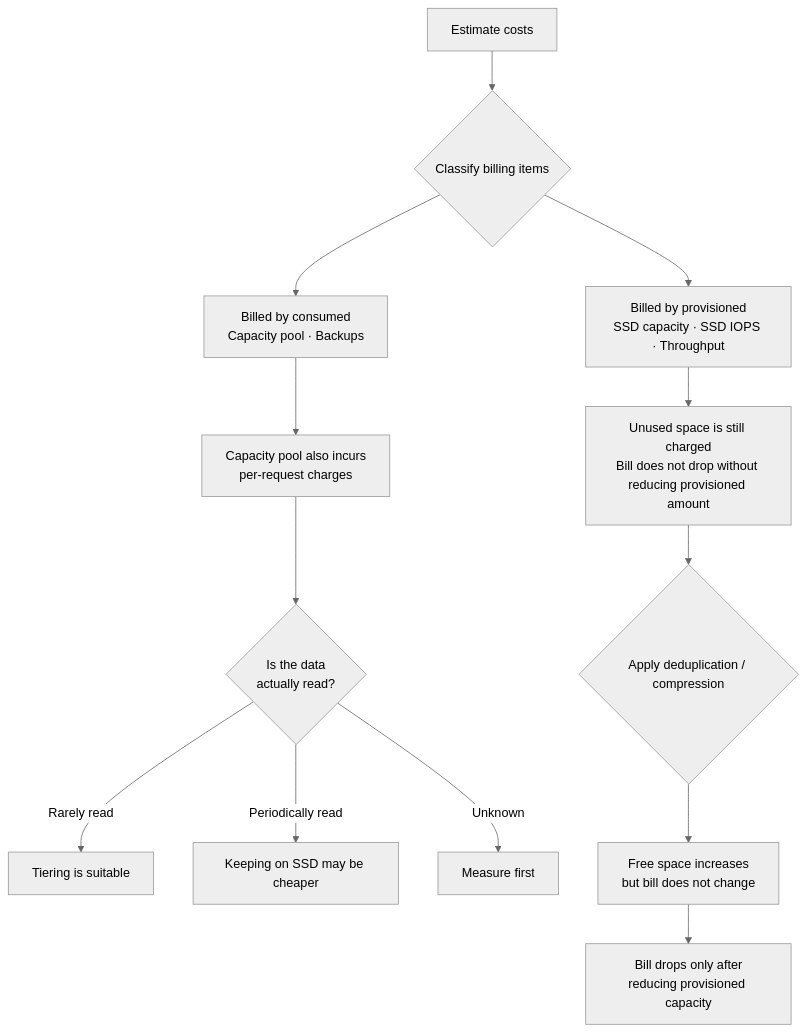
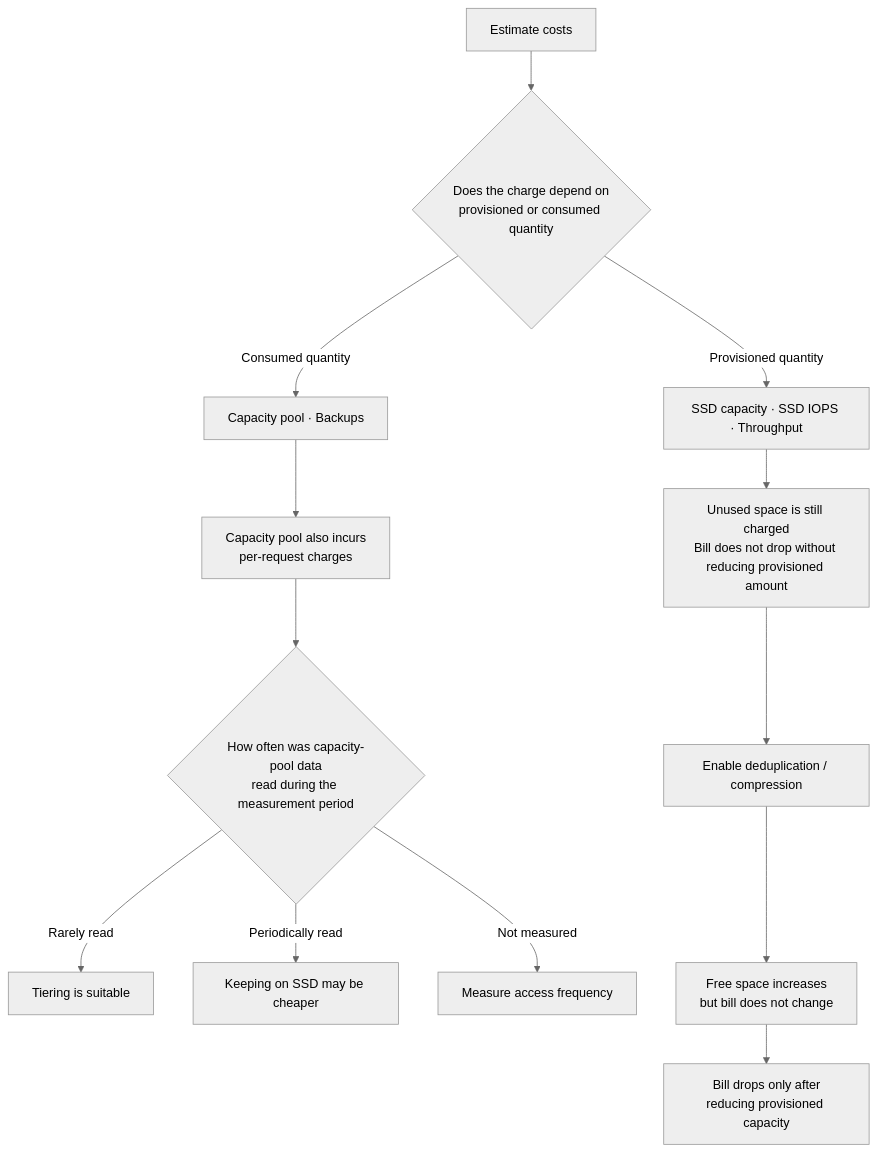
One commit to Yoshiki0705/FSx-for-ONTAP-Adoption-Playbook changed the diagram in docs/en/domains/cost/notes/provisioned-versus-consumed.md. Above: the diagram before and after it, drawn with Mermaid (neutral theme). The commit also changed other lines of this file and 257 other files, not shown here.

````diff
--- a/docs/en/domains/cost/notes/provisioned-versus-consumed.md
+++ b/docs/en/domains/cost/notes/provisioned-versus-consumed.md
@@ -144,18 +162,18 @@
 ```mermaid
 graph TD
-    A[Estimate costs] --> B{Classify billing items}
-    B --> P[Billed by provisioned<br/>SSD capacity · SSD IOPS · Throughput]
-    B --> C[Billed by consumed<br/>Capacity pool · Backups]
+    A[Estimate costs] --> B{Does the charge depend on<br/>provisioned or consumed quantity}
+    B -->|Provisioned quantity| P[SSD capacity · SSD IOPS · Throughput]
+    B -->|Consumed quantity| C[Capacity pool · Backups]
 
     P --> P1[Unused space is still charged<br/>Bill does not drop without reducing provisioned amount]
     C --> C1[Capacity pool also incurs<br/>per-request charges]
 
-    C1 --> ACC{Is the data<br/>actually read?}
+    C1 --> ACC{How often was capacity-pool data<br/>read during the measurement period}
     ACC -->|Rarely read| TIER[Tiering is suitable]
     ACC -->|Periodically read| STAY[Keeping on SSD may be cheaper]
-    ACC -->|Unknown| MEASURE[Measure first]
+    ACC -->|Not measured| MEASURE[Measure access frequency]
 
-    P1 --> EFF{Apply deduplication / compression}
+    P1 --> EFF[Enable deduplication / compression]
     EFF --> EFF1[Free space increases<br/>but bill does not change]
     EFF1 --> SHRINK[Bill drops only after<br/>reducing provisioned capacity]
 ```
````
